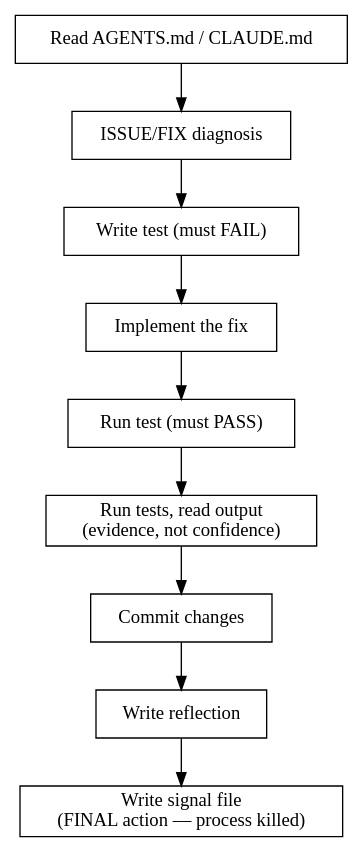
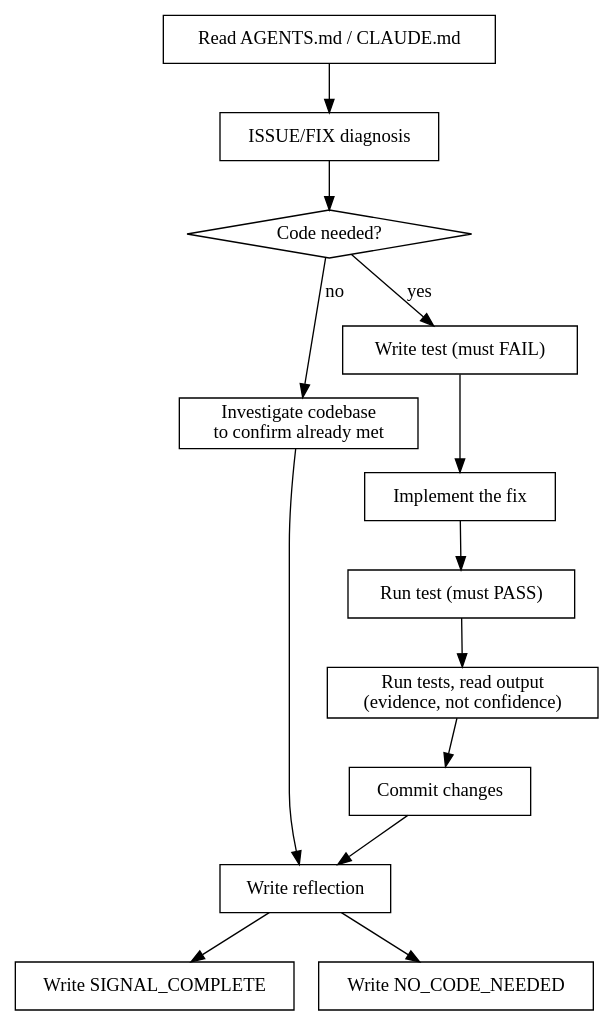
One commit to brokenalarms/ralph changed the diagram in go/cmd/ralph/prompts/internal.md. Above: the diagram before and after it, drawn with Graphviz. The commit also changed other lines of this file and 1 other file, not shown here.

Commit message:
ralph loop: replace linear DOT diagram with branching decision flows
- internal.md: Replace linear iteration sequence with branching flow that
  forks on "Code needed?" — the yes path goes through TDD cycle, the no
  path goes through investigation to NO_CODE_NEEDED signal. Agents were
  picking the wrong path when prose described both options inline.
- signal.md: Replace numbered signal list with decision tree diagram.
  Agents routinely wrote SIGNAL_COMPLETE when NO_CODE_NEEDED was correct.
  The diamond decision nodes make the fork points explicit.

````diff
--- a/go/cmd/ralph/prompts/internal.md
+++ b/go/cmd/ralph/prompts/internal.md
@@ -11,18 +11,25 @@
 ```dot
 digraph iteration {
   rankdir=TB
   node [shape=box]
 
-  read_agents [label="Read AGENTS.md / CLAUDE.md"]
-  diagnose    [label="ISSUE/FIX diagnosis"]
-  tdd_fail    [label="Write test (must FAIL)"]
-  implement   [label="Implement the fix"]
-  tdd_pass    [label="Run test (must PASS)"]
-  verify      [label="Run tests, read output\n(evidence, not confidence)"]
-  commit      [label="Commit changes"]
-  reflect     [label="Write reflection"]
-  signal      [label="Write signal file\n(FINAL action — process killed)"]
+  read_agents  [label="Read AGENTS.md / CLAUDE.md"]
+  diagnose     [label="ISSUE/FIX diagnosis"]
+  code_needed  [label="Code needed?" shape=diamond]
+  investigate  [label="Investigate codebase\nto confirm already met"]
+  tdd_fail     [label="Write test (must FAIL)"]
+  implement    [label="Implement the fix"]
+  tdd_pass     [label="Run test (must PASS)"]
+  verify       [label="Run tests, read output\n(evidence, not confidence)"]
+  commit       [label="Commit changes"]
+  reflect      [label="Write reflection"]
+  signal       [label="Write SIGNAL_COMPLETE"]
+  no_code      [label="Write NO_CODE_NEEDED"]
 
-  read_agents -> diagnose -> tdd_fail -> implement -> tdd_pass -> verify -> commit -> reflect -> signal
+  read_agents -> diagnose -> code_needed
+  code_needed -> tdd_fail     [label="yes"]
+  code_needed -> investigate  [label="no"]
+  tdd_fail -> implement -> tdd_pass -> verify -> commit -> reflect -> signal
+  investigate -> reflect -> no_code
 }
 ```
````
